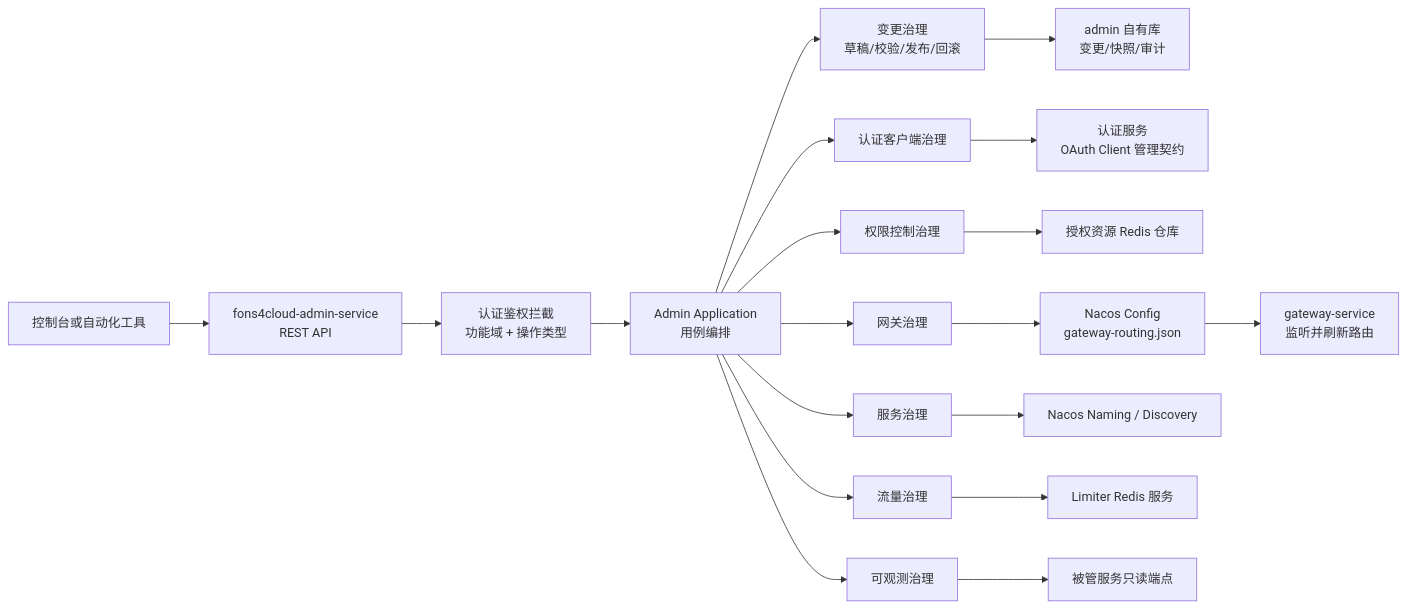
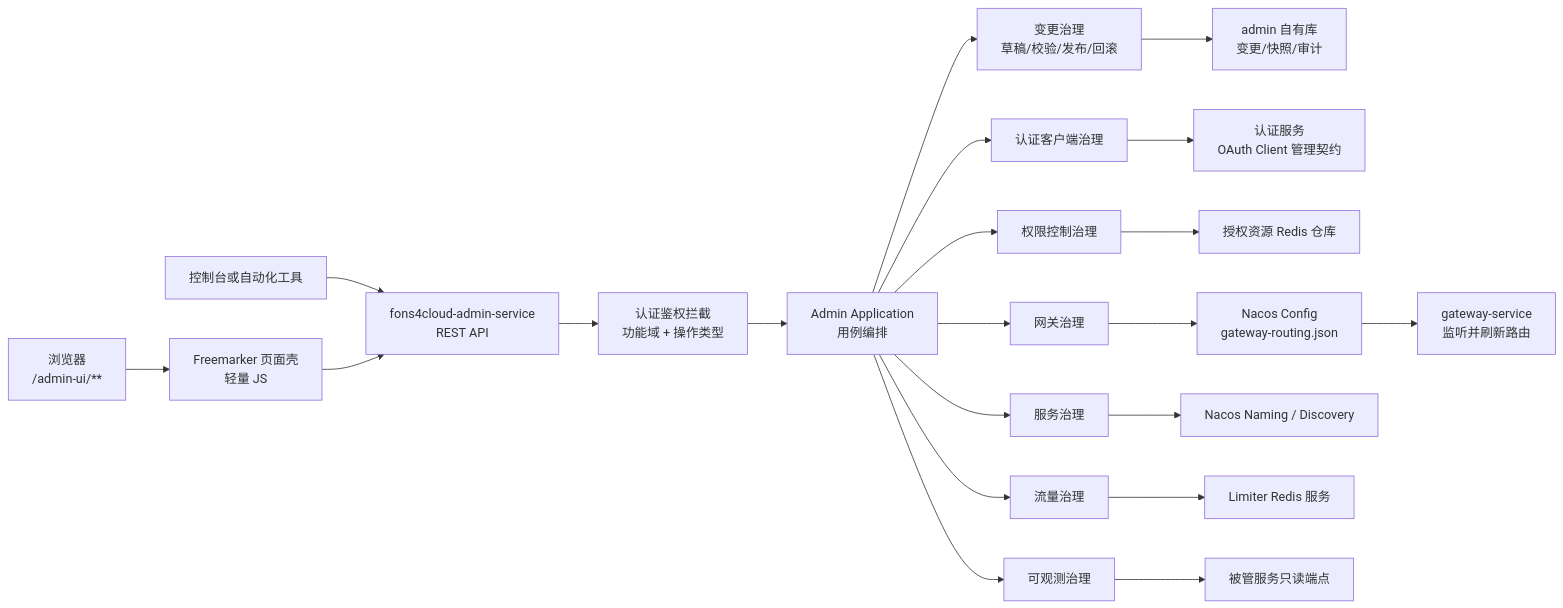
One commit to nauyiq/fons4cloud changed the first of 5 diagrams in spec/features/20260630/框架控制面-技术设计说明书.md. Above: the diagram before and after it, drawn with Mermaid. The commit also changed other lines of this file and 100 other files, not shown here.

````diff
--- a/spec/features/20260630/框架控制面-技术设计说明书.md
+++ b/spec/features/20260630/框架控制面-技术设计说明书.md
@@ -63,21 +63,23 @@
 ```mermaid
 flowchart LR
   Client["控制台或自动化工具"] --> AdminApi["fons4cloud-admin-service<br/>REST API"]
+  Browser["浏览器<br/>/admin-ui/**"] --> Page["Freemarker 页面壳<br/>轻量 JS"]
+  Page --> AdminApi
   AdminApi --> AuthGuard["认证鉴权拦截<br/>功能域 + 操作类型"]
   AuthGuard --> App["Admin Application<br/>用例编排"]
   App --> Change["变更治理<br/>草稿/校验/发布/回滚"]
   App --> Access["权限控制治理"]
   App --> ClientGov["认证客户端治理"]
   App --> ServiceGov["服务治理"]
   App --> GatewayGov["网关治理"]
   App --> TrafficGov["流量治理"]
   App --> ObsGov["可观测治理"]
   Change --> AdminDb["admin 自有库<br/>变更/快照/审计"]
   ClientGov --> AuthSvc["认证服务<br/>OAuth Client 管理契约"]
   Access --> AuthRedis["授权资源 Redis 仓库"]
   GatewayGov --> NacosConfig["Nacos Config<br/>gateway-routing.json"]
   ServiceGov --> Registry["Nacos Naming / Discovery"]
   TrafficGov --> Limiter["Limiter Redis 服务"]
   ObsGov --> Actuator["被管服务只读端点"]
   NacosConfig --> Gateway["gateway-service<br/>监听并刷新路由"]
 ```
````
